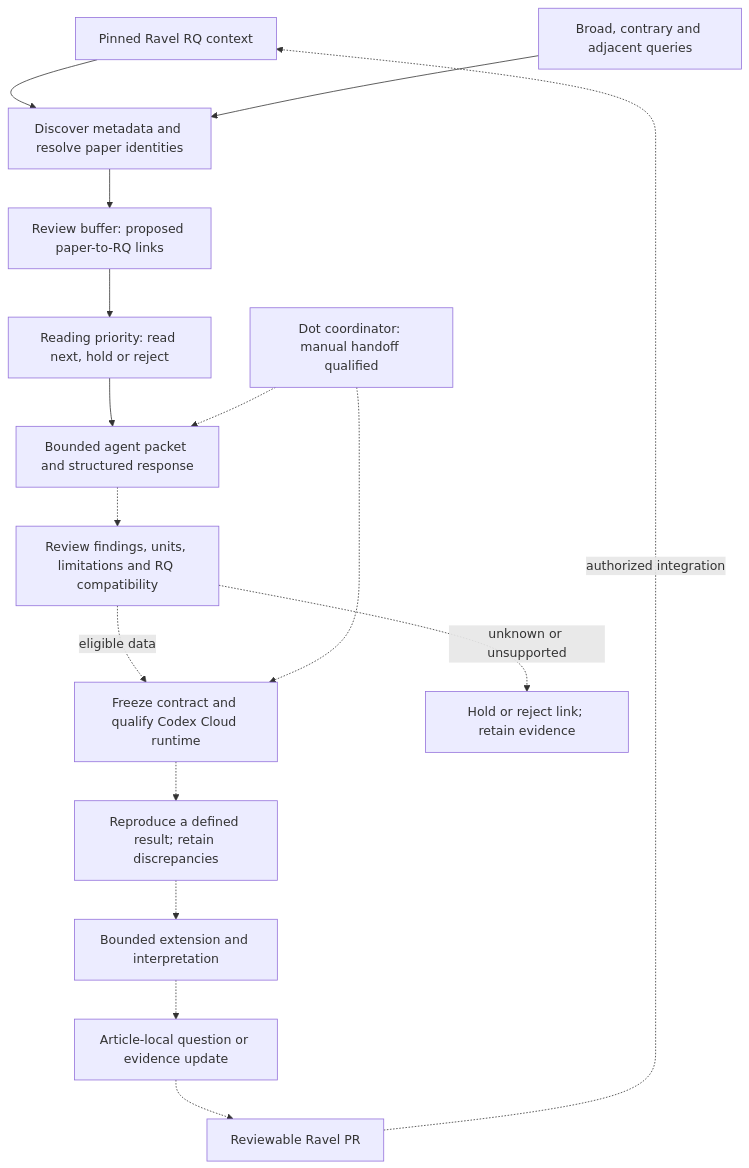
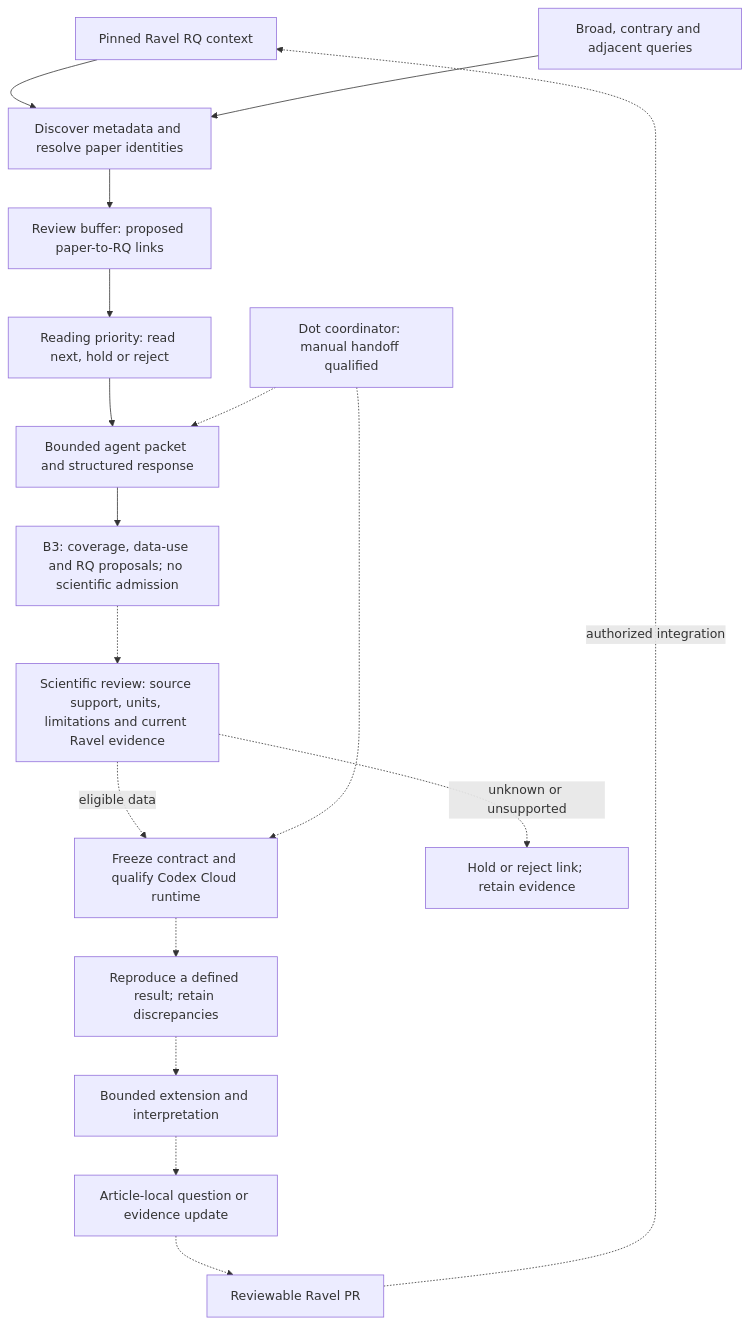
One commit to xorca0711/weft changed the first of 2 diagrams in README.md. Above: the diagram before and after it, drawn with Mermaid. The commit also changed other lines of this file and 14 other files, not shown here.

Commit message:
Add B3 source coverage and separate data-use and RQ proposals

````diff
--- a/README.md
+++ b/README.md
@@ -52,18 +55,19 @@
 ```mermaid
 flowchart TD
     R["Pinned Ravel RQ context"] --> D["Discover metadata and resolve paper identities"]
     Q["Broad, contrary and adjacent queries"] --> D
     D --> B["Review buffer: proposed paper-to-RQ links"]
     B --> T["Reading priority: read next, hold or reject"]
     T --> P["Bounded agent packet and structured response"]
     O["Dot coordinator: manual handoff qualified"] -.-> P
-    P -.-> V["Review findings, units, limitations and RQ compatibility"]
+    P --> Q3["B3: coverage, data-use and RQ proposals; no scientific admission"]
+    Q3 -.-> V["Scientific review: source support, units, limitations and current Ravel evidence"]
     V -.->|eligible data| C["Freeze contract and qualify Codex Cloud runtime"]
     O -.-> C
     V -.->|unknown or unsupported| H["Hold or reject link; retain evidence"]
     C -.-> A["Reproduce a defined result; retain discrepancies"]
     A -.-> E["Bounded extension and interpretation"]
     E -.-> N["Article-local question or evidence update"]
     N -.-> X["Reviewable Ravel PR"]
     X -.->|authorized integration| R
 ```
````
